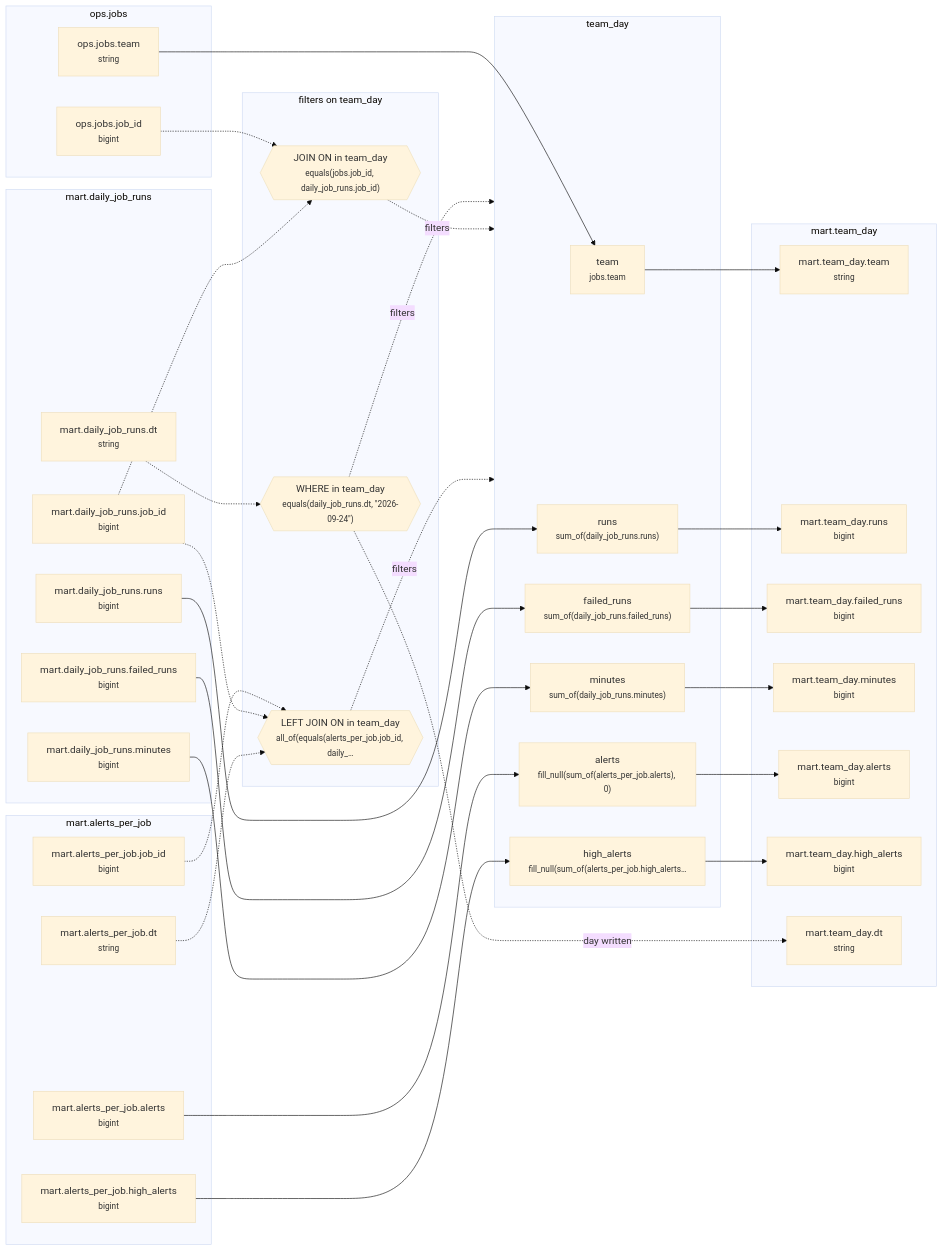
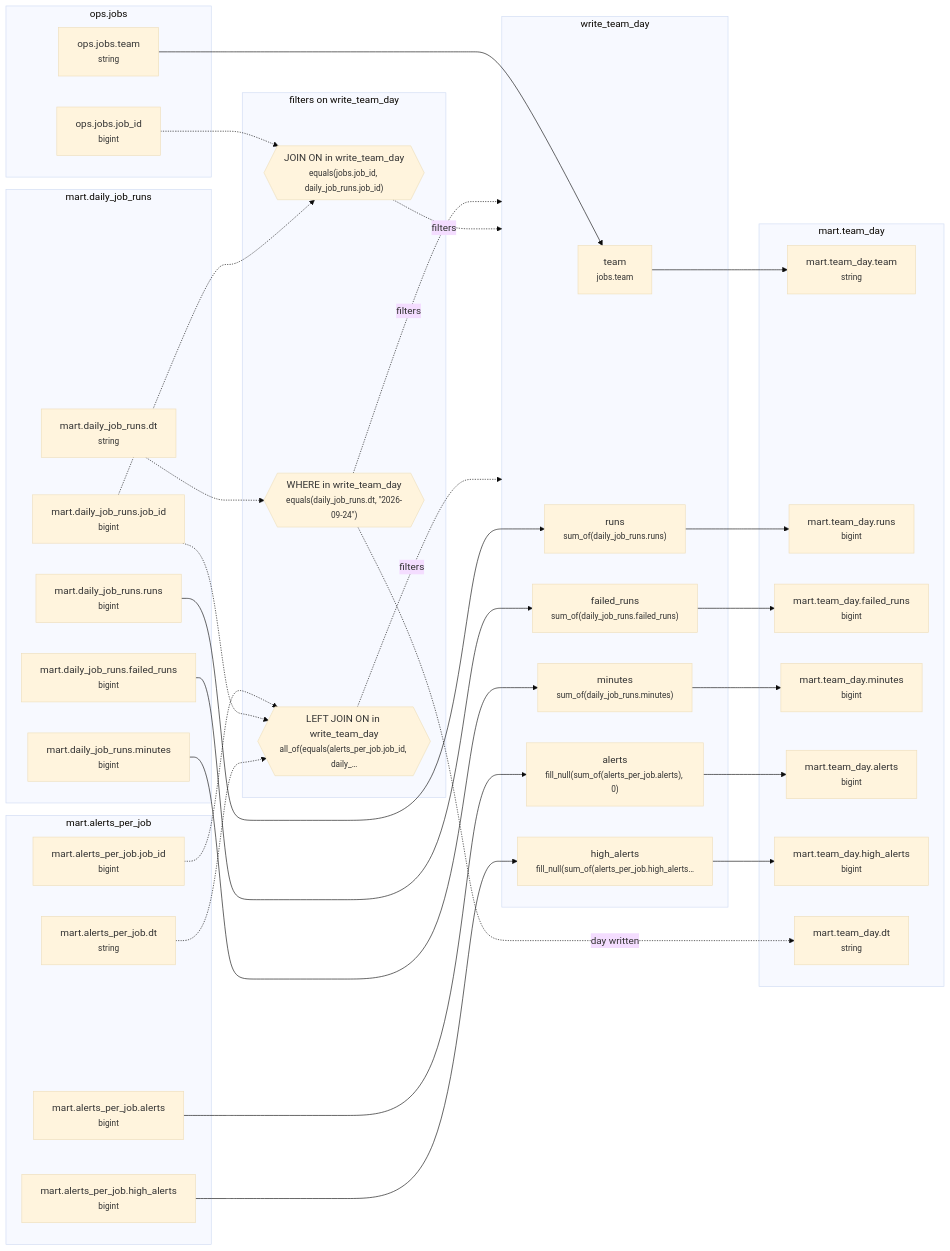
One commit to EdgyPage/SQL-Composer changed the diagram in example_projects/starter/lineage/example_3_team_day.md. Above: the diagram before and after it, drawn with Mermaid (base theme). The commit also changed other lines of this file and 23 other files, not shown here.

````diff
--- a/example_projects/starter/lineage/example_3_team_day.md
+++ b/example_projects/starter/lineage/example_3_team_day.md
@@ -7,64 +7,64 @@
 ```mermaid
 flowchart LR
   subgraph g0["ops.jobs"]
     n0["ops.jobs.team<br/><small>string</small>"]
     n15["ops.jobs.job_id<br/><small>bigint</small>"]
   end
-  subgraph g1["team_day"]
+  subgraph g1["write_team_day"]
     n1["team<br/><small>jobs.team</small>"]
     n3["runs<br/><small>sum_of(daily_job_runs.runs)</small>"]
     n5["failed_runs<br/><small>sum_of(daily_job_runs.failed_runs)</small>"]
     n7["minutes<br/><small>sum_of(daily_job_runs.minutes)</small>"]
     n9["alerts<br/><small>fill_null(sum_of(alerts_per_job.alerts), 0)</small>"]
     n11["high_alerts<br/><small>fill_null(sum_of(alerts_per_job.high_alerts…</small>"]
   end
   subgraph g2["mart.daily_job_runs"]
     n2["mart.daily_job_runs.runs<br/><small>bigint</small>"]
     n4["mart.daily_job_runs.failed_runs<br/><small>bigint</small>"]
     n6["mart.daily_job_runs.minutes<br/><small>bigint</small>"]
     n13["mart.daily_job_runs.dt<br/><small>string</small>"]
     n16["mart.daily_job_runs.job_id<br/><small>bigint</small>"]
   end
   subgraph g3["mart.alerts_per_job"]
     n8["mart.alerts_per_job.alerts<br/><small>bigint</small>"]
     n10["mart.alerts_per_job.high_alerts<br/><small>bigint</small>"]
     n18["mart.alerts_per_job.job_id<br/><small>bigint</small>"]
     n19["mart.alerts_per_job.dt<br/><small>string</small>"]
   end
-  subgraph g4["filters on team_day"]
-    n12{{"WHERE in team_day<br/><small>equals(daily_job_runs.dt, #quot;2026-09-24#quot;)</small>"}}
-    n14{{"JOIN ON in team_day<br/><small>equals(jobs.job_id, daily_job_runs.job_id)</small>"}}
-    n17{{"LEFT JOIN ON in team_day<br/><small>all_of(equals(alerts_per_job.job_id, daily_…</small>"}}
+  subgraph g4["filters on write_team_day"]
+    n12{{"WHERE in write_team_day<br/><small>equals(daily_job_runs.dt, #quot;2026-09-24#quot;)</small>"}}
+    n14{{"JOIN ON in write_team_day<br/><small>equals(jobs.job_id, daily_job_runs.job_id)</small>"}}
+    n17{{"LEFT JOIN ON in write_team_day<br/><small>all_of(equals(alerts_per_job.job_id, daily_…</small>"}}
   end
   subgraph g5["mart.team_day"]
     n20["mart.team_day.team<br/><small>string</small>"]
     n21["mart.team_day.runs<br/><small>bigint</small>"]
     n22["mart.team_day.failed_runs<br/><small>bigint</small>"]
     n23["mart.team_day.minutes<br/><small>bigint</small>"]
     n24["mart.team_day.alerts<br/><small>bigint</small>"]
     n25["mart.team_day.high_alerts<br/><small>bigint</small>"]
     n26["mart.team_day.dt<br/><small>string</small>"]
   end
   n0 --> n1
   n2 --> n3
   n4 --> n5
   n6 --> n7
   n8 --> n9
   n10 --> n11
   n13 -.-> n12
   n15 -.-> n14
   n16 -.-> n14
   n18 -.-> n17
   n16 -.-> n17
   n19 -.-> n17
   n1 --> n20
   n3 --> n21
   n5 --> n22
   n7 --> n23
   n9 --> n24
   n11 --> n25
   n12 -.->|day written| n26
   n12 -.->|filters| g1
   n14 -.->|filters| g1
   n17 -.->|filters| g1
 ```
````
